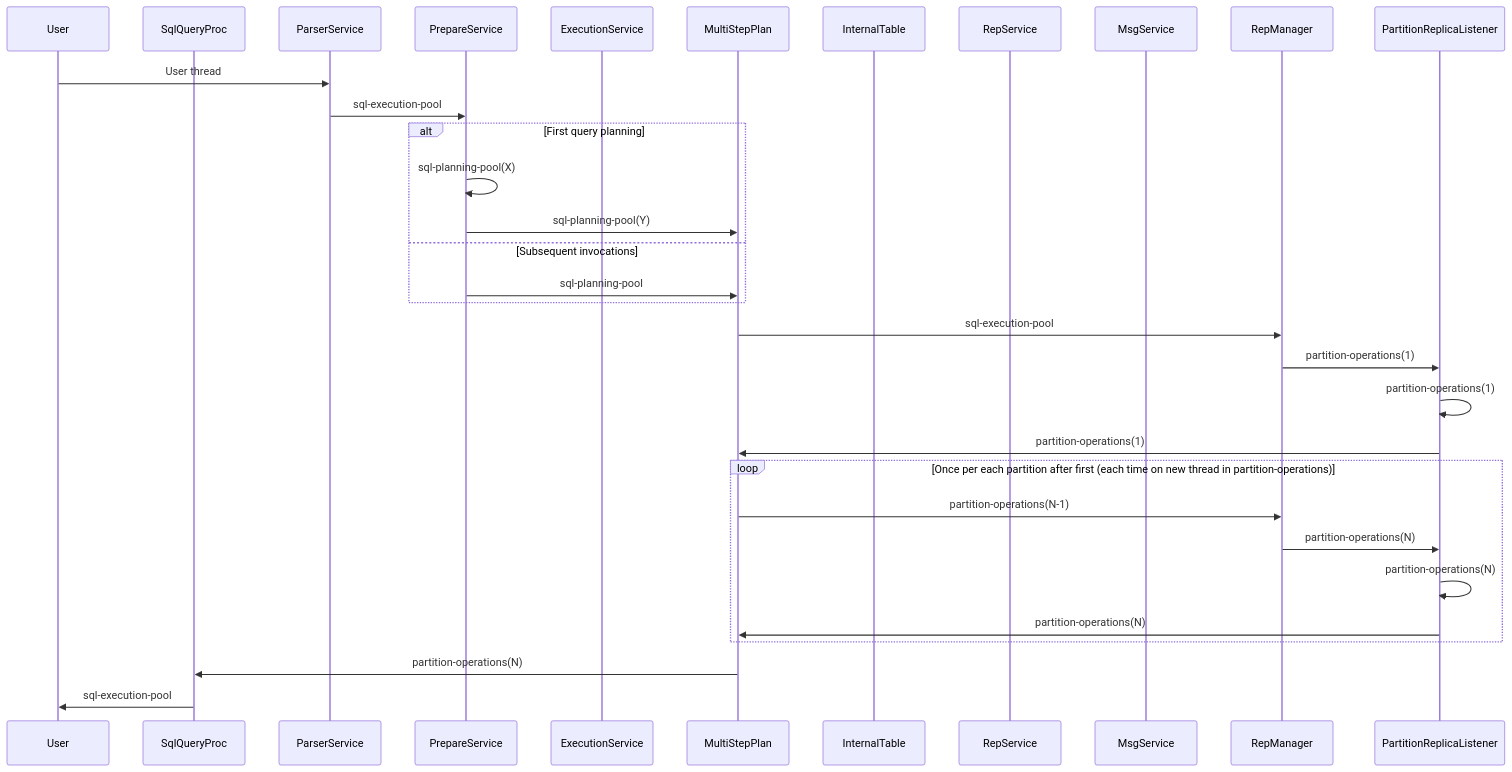
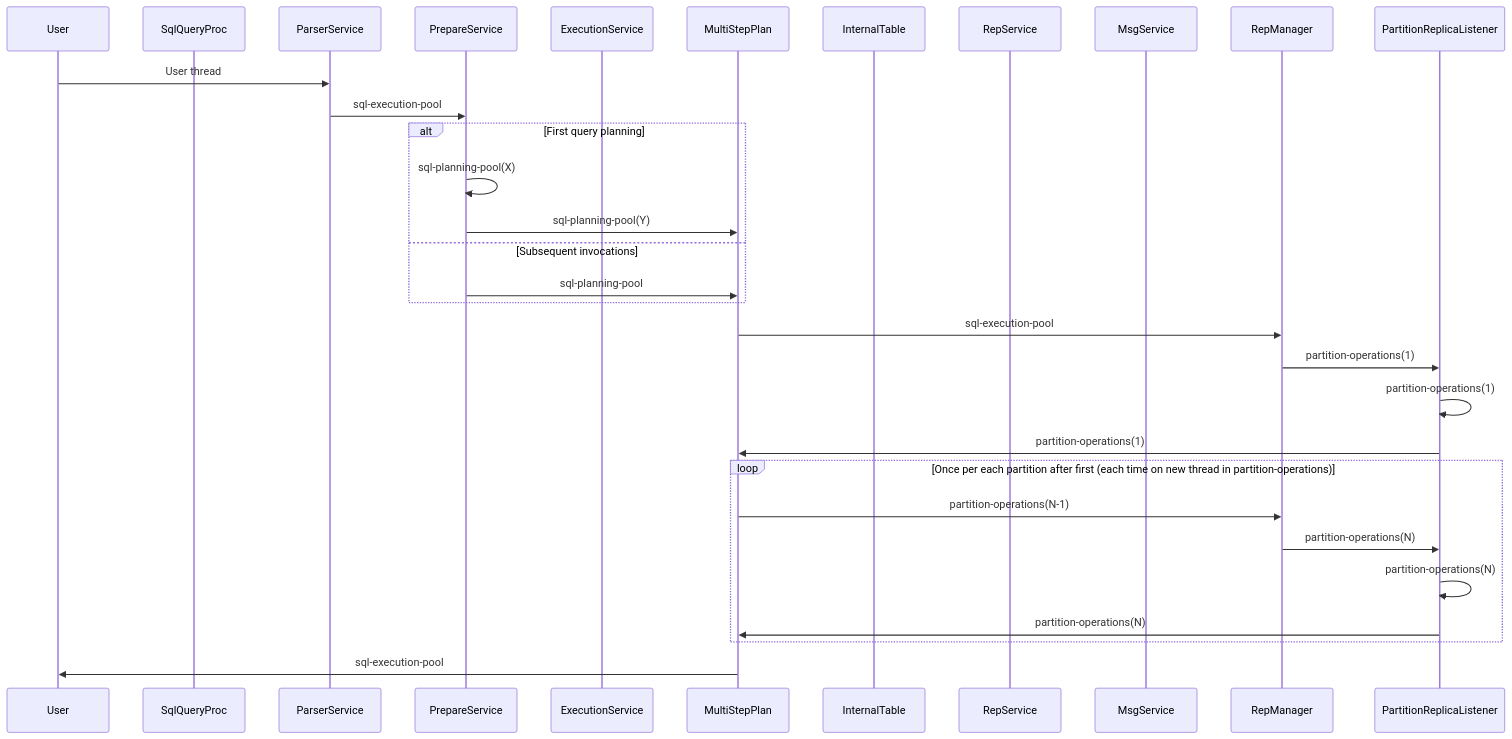
Before and after one commit to gridgain/apache-ignite-3: the fourth of 4 diagrams in thread-traces.md, drawn with Mermaid.

````diff
--- a/thread-traces.md
+++ b/thread-traces.md
@@ -85,35 +85,34 @@
 ```mermaid
 sequenceDiagram
 participant User
 participant SQLProc as SqlQueryProc
 participant ParserService
 participant PrepareService
 participant ExecutionService
 participant MultiStepPlan
 participant InternalTable
 participant RepService
 participant MsgService
 participant RepManager
 participant PRL as PartitionReplicaListener
 
 User ->> ParserService: User thread
 ParserService ->> PrepareService: sql-execution-pool
 alt First query planning
   PrepareService ->> PrepareService: sql-planning-pool(X)
   PrepareService ->> MultiStepPlan: sql-planning-pool(Y)
 else Subsequent invocations
   PrepareService ->> MultiStepPlan: sql-planning-pool
 end
 MultiStepPlan ->> RepManager: sql-execution-pool
 RepManager ->> PRL: partition-operations(1)
 PRL ->> PRL: partition-operations(1)
 PRL ->> MultiStepPlan: partition-operations(1)
 loop Once per each partition after first (each time on new thread in partition-operations)
   MultiStepPlan ->> RepManager: partition-operations(N-1)
   RepManager ->> PRL: partition-operations(N)
   PRL ->> PRL: partition-operations(N)
   PRL ->> MultiStepPlan: partition-operations(N)
 end
-MultiStepPlan ->> SQLProc: partition-operations(N)
-SQLProc ->> User: sql-execution-pool
+MultiStepPlan ->> User: sql-execution-pool
 ```
````
